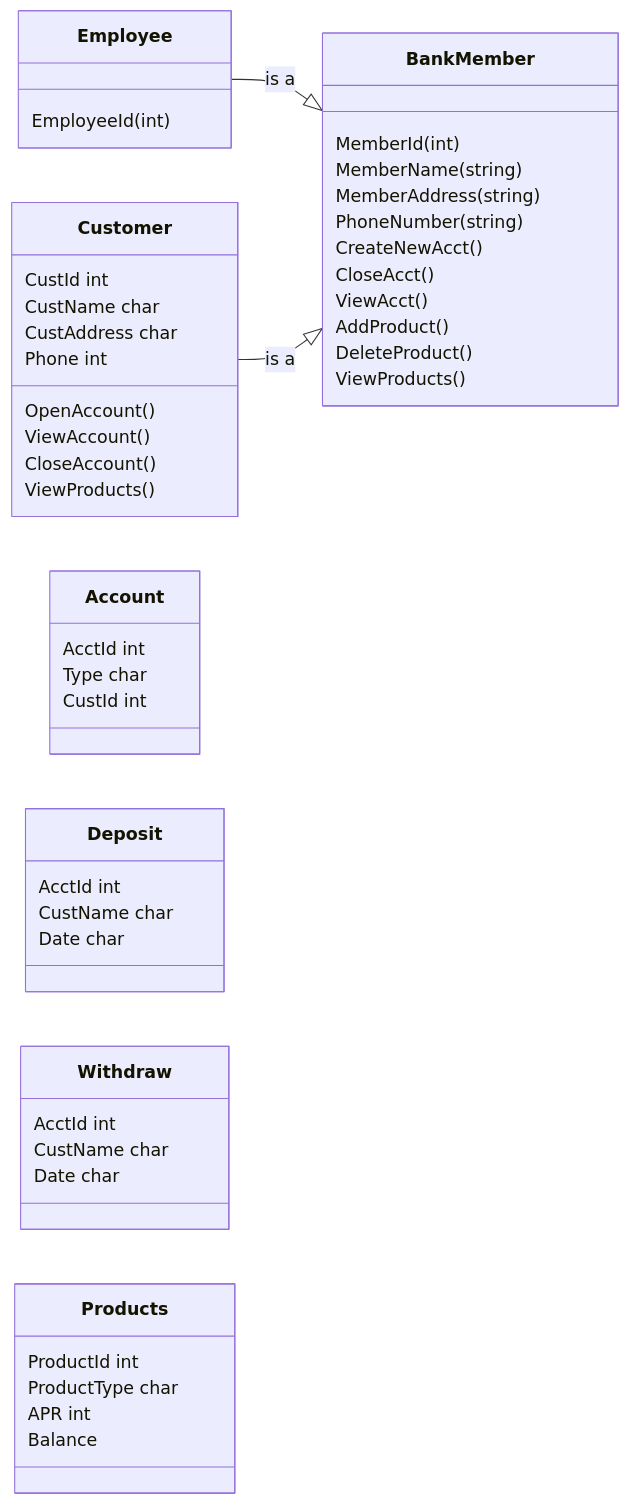
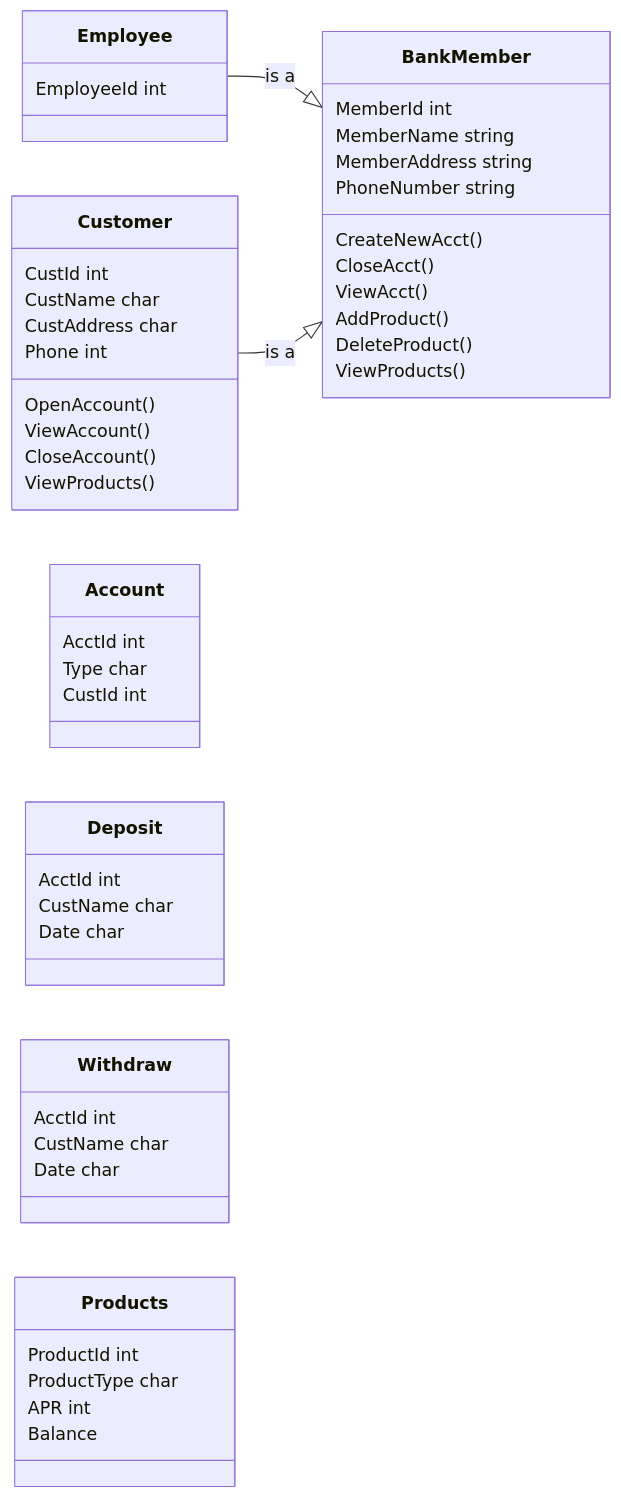
Before and after one commit to Marcus-Snell/Test: the diagram in mermaid.md, drawn with Mermaid.

````diff
--- a/mermaid.md
+++ b/mermaid.md
@@ -1,51 +1,51 @@
 ```mermaid
 classDiagram
 direction LR
 BankMember
-BankMember : MemberId(int)
-BankMember : MemberName(string)
-BankMember : MemberAddress(string)
-BankMember : PhoneNumber(string)
+BankMember : MemberId int
+BankMember : MemberName string
+BankMember : MemberAddress string
+BankMember : PhoneNumber string
 BankMember : CreateNewAcct()
 BankMember: CloseAcct()
 BankMember : ViewAcct()
 BankMember : AddProduct()
 BankMember : DeleteProduct()
 BankMember : ViewProducts()
 
 Employee --|> BankMember : is a
-Employee : EmployeeId(int)
+Employee : EmployeeId int
 
 Customer --|> BankMember : is a
 Customer : CustId int
 Customer : CustName char
 Customer : CustAddress char
 Customer : Phone int
 Customer : OpenAccount()
 Customer : ViewAccount()
 Customer : CloseAccount()
 Customer : ViewProducts()
 
 Account
 Account : AcctId int
 Account : Type char
 Account : CustId int
 
 Deposit
 Deposit : AcctId int
 Deposit : CustName char
 Deposit : Date char
 
 Withdraw
 Withdraw : AcctId int
 Withdraw : CustName char
 Withdraw : Date char
 
 
 Products : ProductId int
 Products : ProductType char
 Products : APR int
 Products : Balance
 
 
 ```
````
